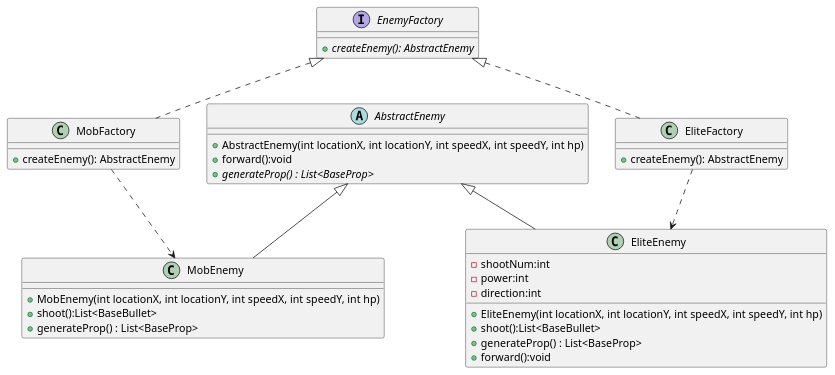
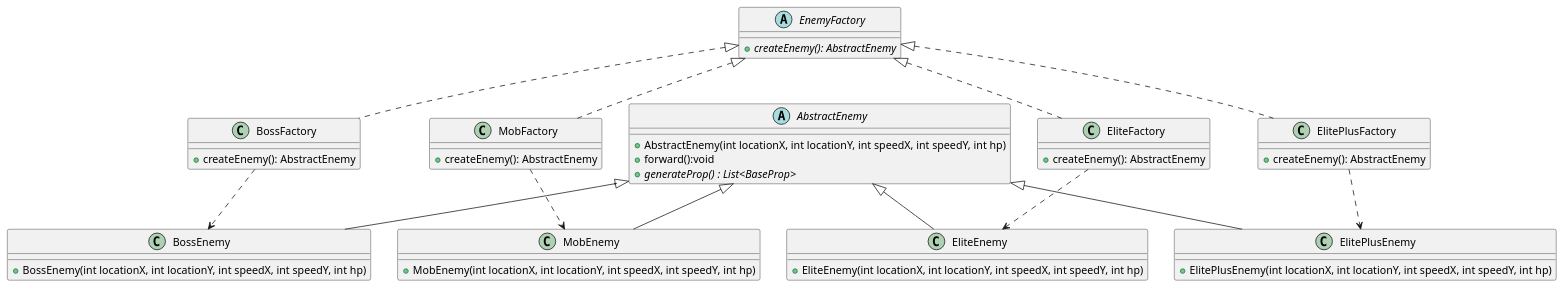
The diagram in uml/EnemyFactory.puml (aetherqaq/AircraftWar), drawn with PlantUML before and after one commit. The commit also changed 19 other files, not shown here.

```diff
--- a/uml/EnemyFactory.puml
+++ b/uml/EnemyFactory.puml
@@ -1,49 +1,62 @@
 @startuml
 'https://plantuml.com/class-diagram
 
 abstract class AbstractEnemy {
     + AbstractEnemy(int locationX, int locationY, int speedX, int speedY, int hp)
     + forward():void
     + {abstract} generateProp() : List<BaseProp>
 }
 
 
 class MobEnemy {
     + MobEnemy(int locationX, int locationY, int speedX, int speedY, int hp)
-    + shoot():List<BaseBullet>
-    + generateProp() : List<BaseProp>
+}
+
+class EliteEnemy {
+    + EliteEnemy(int locationX, int locationY, int speedX, int speedY, int hp)
+}
+
+class ElitePlusEnemy {
+    + ElitePlusEnemy(int locationX, int locationY, int speedX, int speedY, int hp)
+}
+
+class BossEnemy {
+    + BossEnemy(int locationX, int locationY, int speedX, int speedY, int hp)
 }
 
 AbstractEnemy <|-- MobEnemy
+AbstractEnemy <|-- EliteEnemy
+AbstractEnemy <|-- ElitePlusEnemy
+AbstractEnemy <|-- BossEnemy
 
-class EliteEnemy {
-    - shootNum:int
-    - power:int
-    - direction:int
-    + EliteEnemy(int locationX, int locationY, int speedX, int speedY, int hp)
-    + shoot():List<BaseBullet>
-    + generateProp() : List<BaseProp>
-    + forward():void
-}
-
-AbstractEnemy <|-- EliteEnemy
-
-interface EnemyFactory {
+abstract class EnemyFactory {
     + {abstract} createEnemy(): AbstractEnemy
 }
 
 class MobFactory {
     + createEnemy(): AbstractEnemy
 }
 
 class EliteFactory {
     + createEnemy(): AbstractEnemy
 }
 
+class ElitePlusFactory {
+    + createEnemy(): AbstractEnemy
+}
+
+class BossFactory {
+    + createEnemy(): AbstractEnemy
+}
+
 EnemyFactory <|.. MobFactory
 EnemyFactory <|.. EliteFactory
+EnemyFactory <|.. ElitePlusFactory
+EnemyFactory <|.. BossFactory
 
 MobFactory ..> MobEnemy
 EliteFactory ..> EliteEnemy
+ElitePlusFactory ..> ElitePlusEnemy
+BossFactory ..> BossEnemy
 
 @enduml
```
